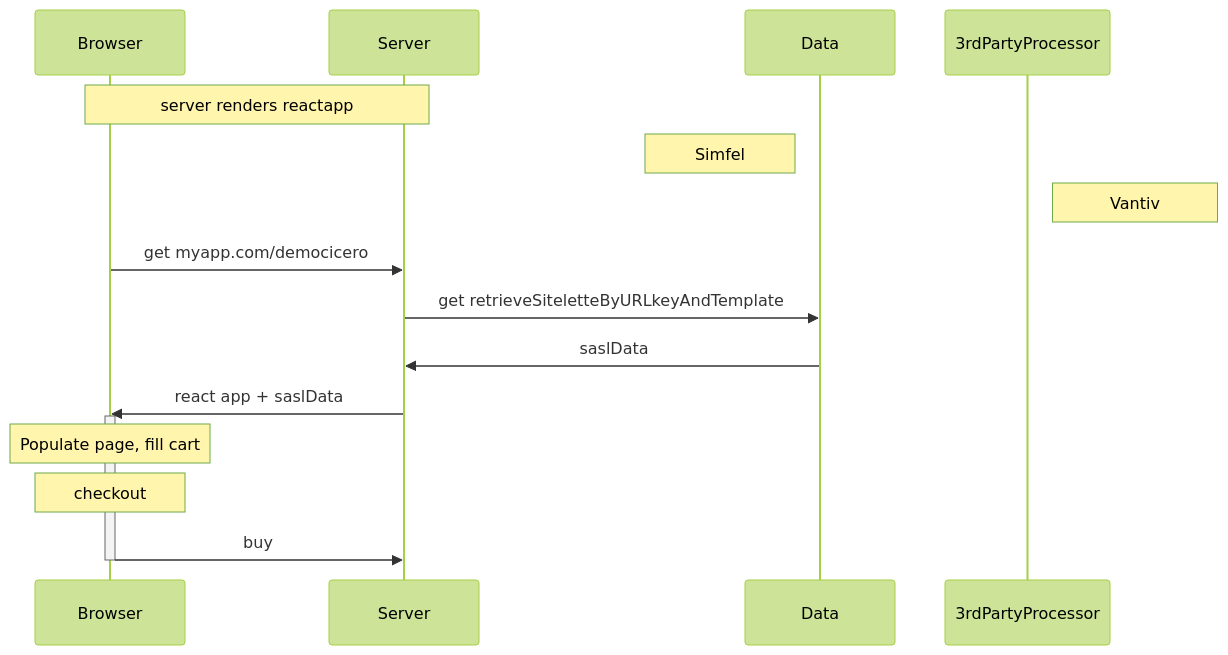
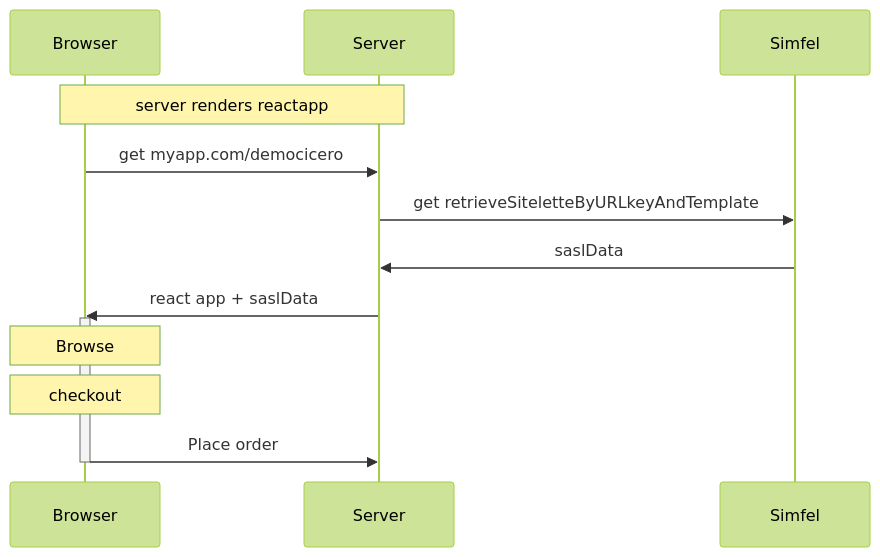
Before and after one commit to weisk/diagrams-showcase: the diagram in diag-checkout-process.md, drawn with Mermaid (forest theme). The commit also changed other lines of this file, not shown here.

````diff
--- a/diag-checkout-process.md
+++ b/diag-checkout-process.md
@@ -3,24 +5,21 @@
 ```mermaid
 sequenceDiagram
   participant cli as Browser
   participant srv as Server
-  participant data as Data
-  participant 3rd as 3rdPartyProcessor
+  participant data as Simfel
 
   Note over cli,srv: server renders reactapp
-  Note left of data: Simfel
-  Note right of 3rd: Vantiv
 
   cli ->> srv: get myapp.com/democicero
   srv ->> data: get retrieveSiteletteByURLkeyAndTemplate
   data ->> srv: saslData
   srv ->> cli: react app + saslData
   
   activate cli
-  Note over cli: Populate page, fill cart
+  Note over cli: Browse
   Note over cli: checkout
-  cli ->> srv: buy
+  cli ->> srv: Place order
   deactivate cli
 
   
 ```
````
